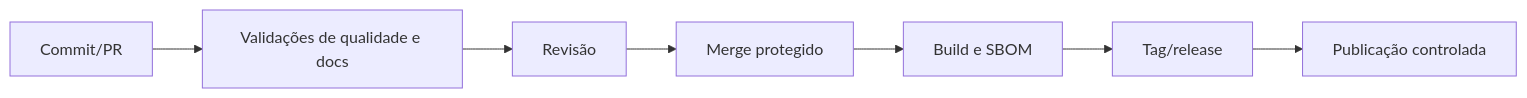
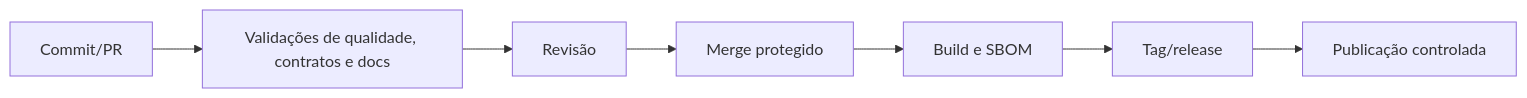
One commit to felipeiws/staff-enginner changed the diagram in docs/contributing/README.md. Above: the diagram before and after it, drawn with Mermaid. The commit also changed other lines of this file and 760 other files, not shown here.

````diff
--- a/docs/contributing/README.md
+++ b/docs/contributing/README.md
@@ -7,9 +9,9 @@
 ```mermaid
 flowchart LR
- C[Commit/PR] --> V[Validações de qualidade e docs]
+ C[Commit/PR] --> V[Validações de qualidade, contratos e docs]
  V --> R[Revisão]
  R --> M[Merge protegido]
  M --> B[Build e SBOM]
  B --> T[Tag/release]
  T --> P[Publicação controlada]
 ```
````
